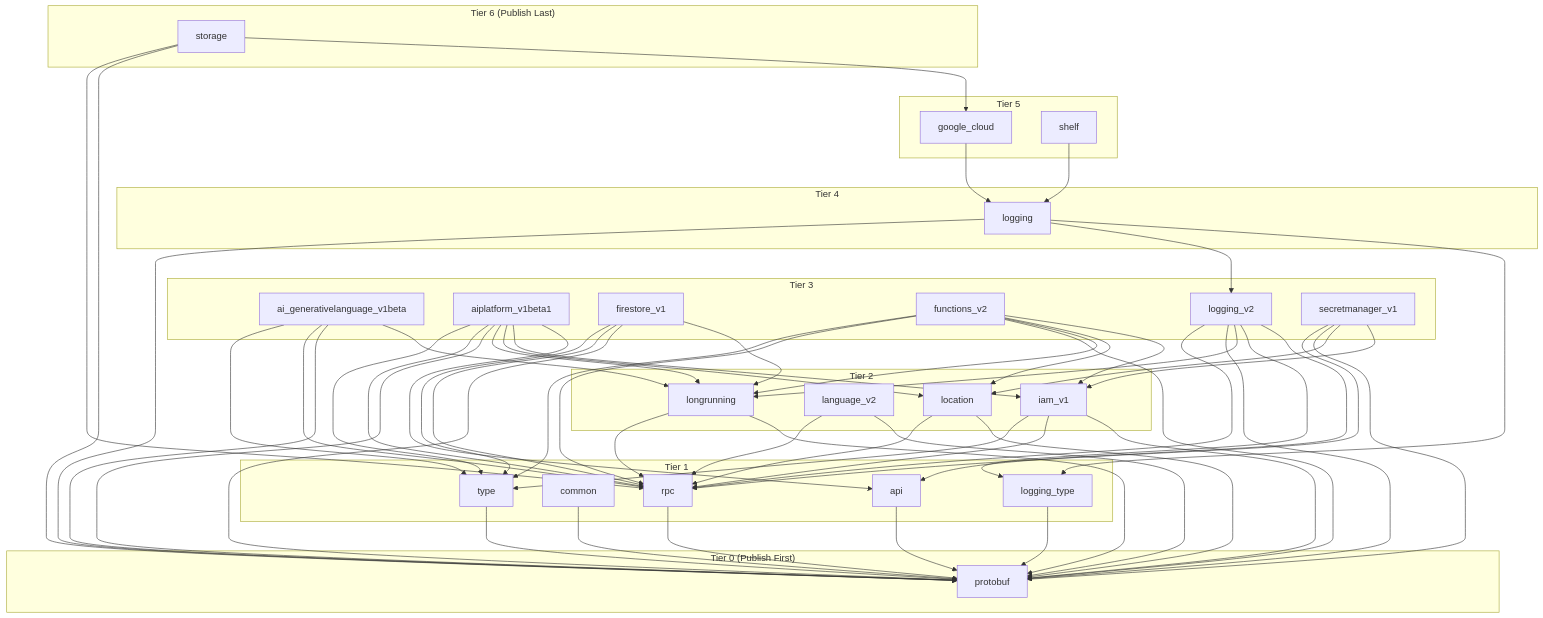
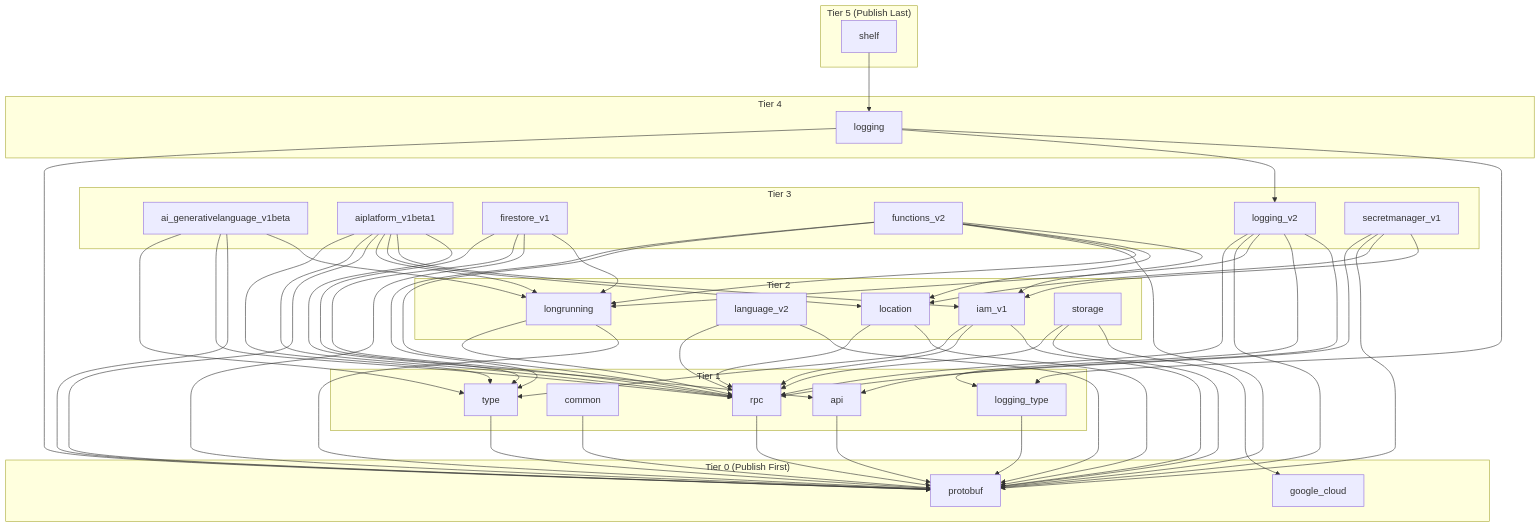
The diagram in DEVELOPER_GUIDE.md (googleapis/google-cloud-dart), drawn with Mermaid before and after one commit. The commit also changed 1 other file, not shown here.

Commit message:
chore(google_cloud) drop dep on google_cloud_logging (#273)

````diff
--- a/DEVELOPER_GUIDE.md
+++ b/DEVELOPER_GUIDE.md
@@ -15,6 +15,7 @@
 ```mermaid
 graph TD
   subgraph Tier0 ["Tier 0 (Publish First)"]
+    google_cloud["google_cloud"]
     google_cloud_protobuf["protobuf"]
   end
 
@@ -31,6 +32,7 @@
     google_cloud_language_v2["language_v2"]
     google_cloud_location["location"]
     google_cloud_longrunning["longrunning"]
+    google_cloud_storage["storage"]
   end
 
   subgraph Tier3 ["Tier 3"]
@@ -46,16 +48,10 @@
     google_cloud_logging["logging"]
   end
 
-  subgraph Tier5 ["Tier 5"]
-    google_cloud["google_cloud"]
+  subgraph Tier5 ["Tier 5 (Publish Last)"]
     google_cloud_shelf["shelf"]
   end
 
-  subgraph Tier6 ["Tier 6 (Publish Last)"]
-    google_cloud_storage["storage"]
-  end
-
-  google_cloud --> google_cloud_logging
   google_cloud_ai_generativelanguage_v1beta --> google_cloud_longrunning
   google_cloud_ai_generativelanguage_v1beta --> google_cloud_protobuf
   google_cloud_ai_generativelanguage_v1beta --> google_cloud_rpc
````
